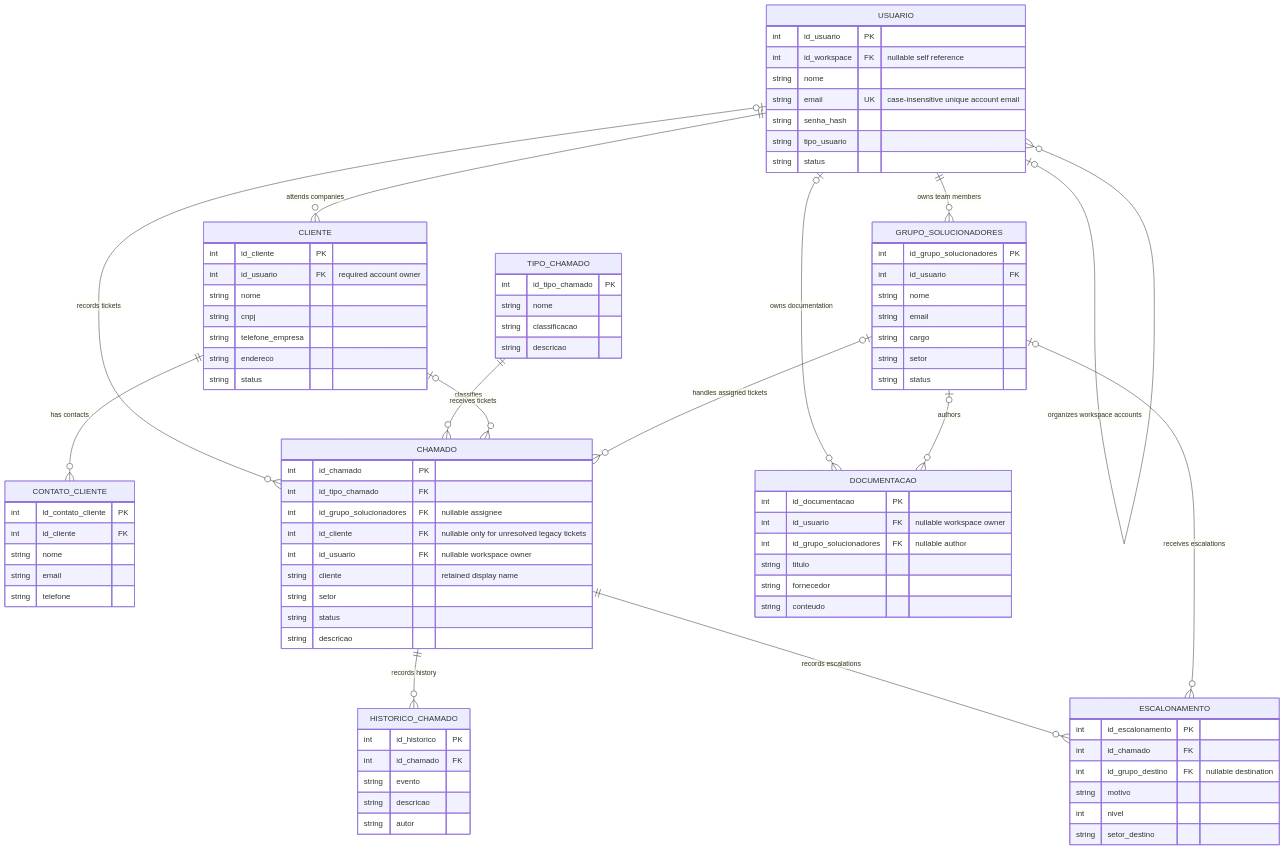
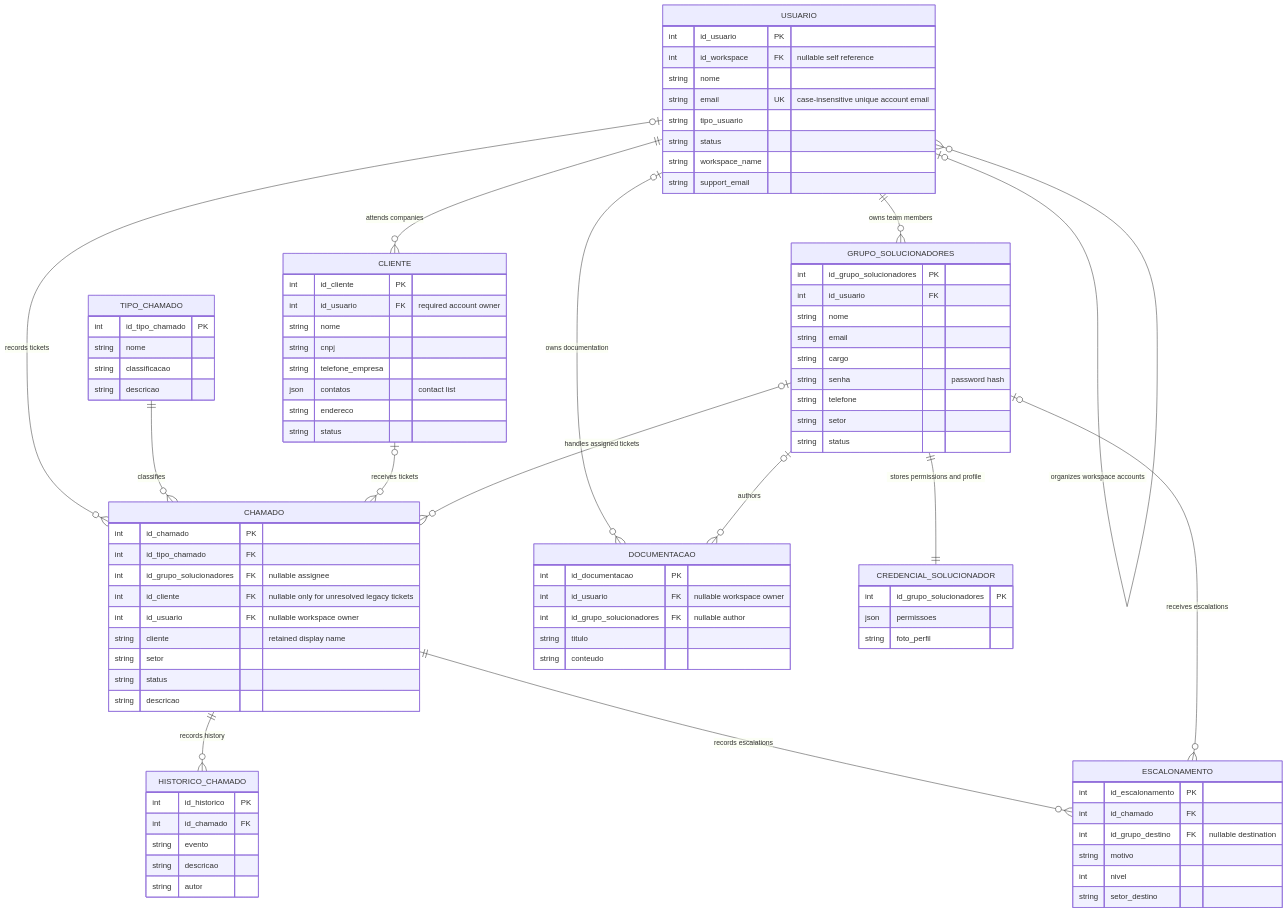
One commit to Carlos-Eduardo20/HelpTI changed the diagram in .github/modernize/assessment/engines/facts/data-architecture.md. Above: the diagram before and after it, drawn with Mermaid. The commit also changed other lines of this file and 28 other files, not shown here.

````diff
--- a/.github/modernize/assessment/engines/facts/data-architecture.md
+++ b/.github/modernize/assessment/engines/facts/data-architecture.md
@@ -25,12 +25,12 @@
 erDiagram
     USUARIO o|--o{ USUARIO : "organizes workspace accounts"
     USUARIO ||--o{ CLIENTE : "attends companies"
-    CLIENTE ||--o{ CONTATO_CLIENTE : "has contacts"
     USUARIO ||--o{ GRUPO_SOLUCIONADORES : "owns team members"
     USUARIO o|--o{ CHAMADO : "records tickets"
     USUARIO o|--o{ DOCUMENTACAO : "owns documentation"
     TIPO_CHAMADO ||--o{ CHAMADO : "classifies"
     CLIENTE o|--o{ CHAMADO : "receives tickets"
+    GRUPO_SOLUCIONADORES ||--|| CREDENCIAL_SOLUCIONADOR : "stores permissions and profile"
     GRUPO_SOLUCIONADORES o|--o{ CHAMADO : "handles assigned tickets"
     CHAMADO ||--o{ HISTORICO_CHAMADO : "records history"
     CHAMADO ||--o{ ESCALONAMENTO : "records escalations"
@@ -42,9 +42,10 @@
         int id_workspace FK "nullable self reference"
         string nome
         string email UK "case-insensitive unique account email"
-        string senha_hash
         string tipo_usuario
         string status
+        string workspace_name
+        string support_email
     }
 
     CLIENTE {
@@ -53,16 +54,9 @@
         string nome
         string cnpj
         string telefone_empresa
+        json contatos "contact list"
         string endereco
         string status
-    }
-
-    CONTATO_CLIENTE {
-        int id_contato_cliente PK
-        int id_cliente FK
-        string nome
-        string email
-        string telefone
     }
 
     TIPO_CHAMADO {
@@ -78,8 +72,16 @@
         string nome
         string email
         string cargo
+        string senha "password hash"
+        string telefone
         string setor
         string status
+    }
+
+    CREDENCIAL_SOLUCIONADOR {
+        int id_grupo_solucionadores PK
+        json permissoes
+        string foto_perfil
     }
 
     CHAMADO {
@@ -116,7 +118,6 @@
         int id_usuario FK "nullable workspace owner"
         int id_grupo_solucionadores FK "nullable author"
         string titulo
-        string fornecedor
         string conteudo
     }
 ```
````
